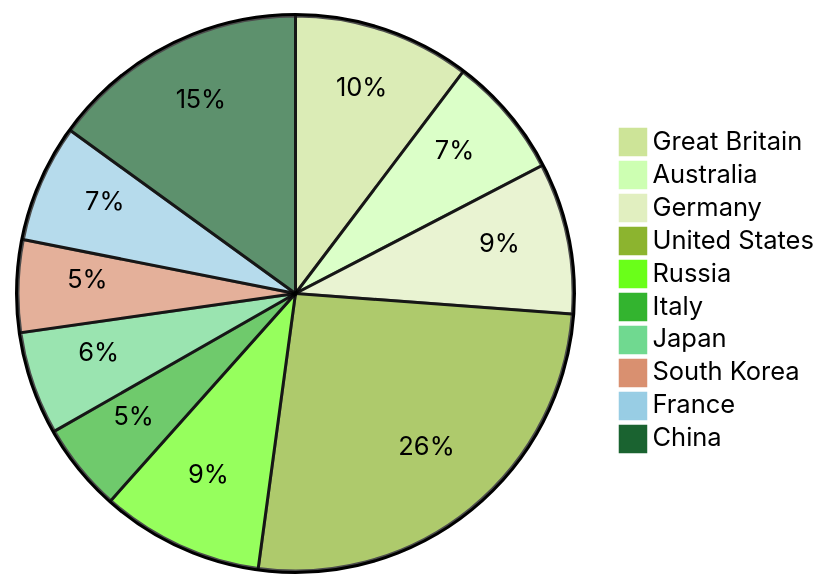
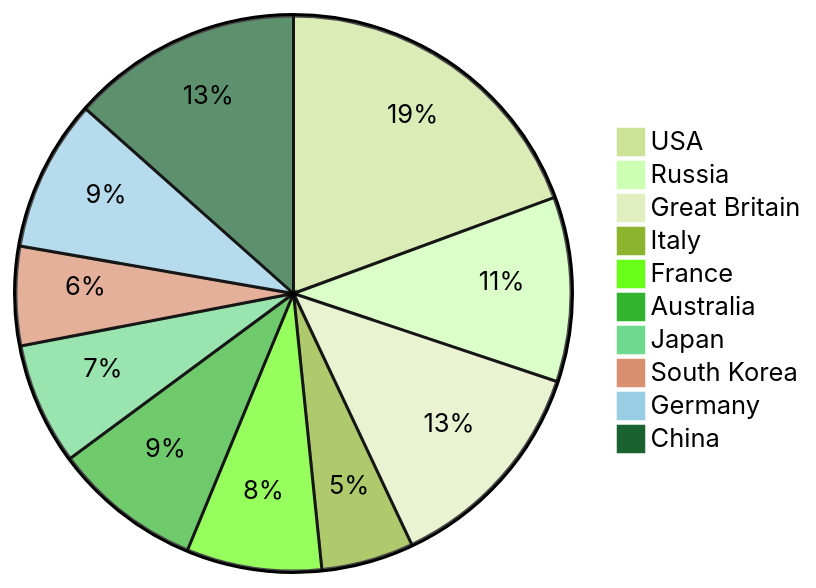
Before and after one commit to antononcube/Raku-LLM-Functions: the second of 7 diagrams in docs/Workflows-with-LLM-functions_woven.md, drawn with Mermaid (forest theme). The commit also changed other lines of this file and 1 other file, not shown here.

Commit message:
docs:Improved the flowchart. Better explanations and grammar.

````diff
--- a/docs/Workflows-with-LLM-functions_woven.md
+++ b/docs/Workflows-with-LLM-functions_woven.md
@@ -455,13 +460,13 @@
 ```mermaid
-pie
-    "Great Britain" : 48
-    "Australia" : 33
-    "Germany": 41
-    "United States" : 121
-    "Russia" : 44
-    "Italy" : 24
-    "Japan" : 28
-    "South Korea" : 25
-    "France" : 32
-    "China" : 70
+pie 
+  "USA": 101
+  "Russia": 56
+  "Great Britain": 67
+  "Italy": 28
+  "France": 41
+  "Australia": 45
+  "Japan": 37
+  "South Korea": 30
+  "Germany": 46
+  "China": 70
 ```
````
